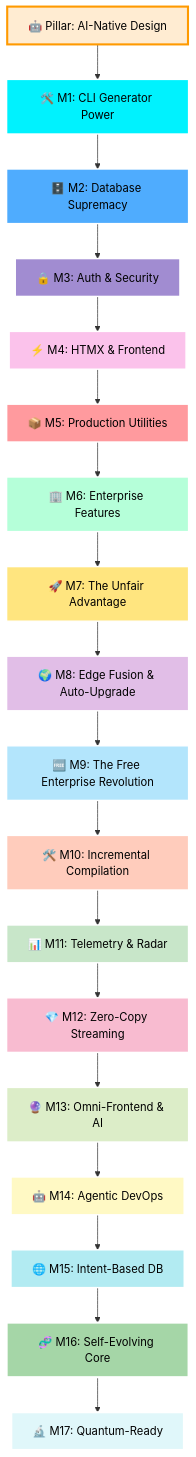
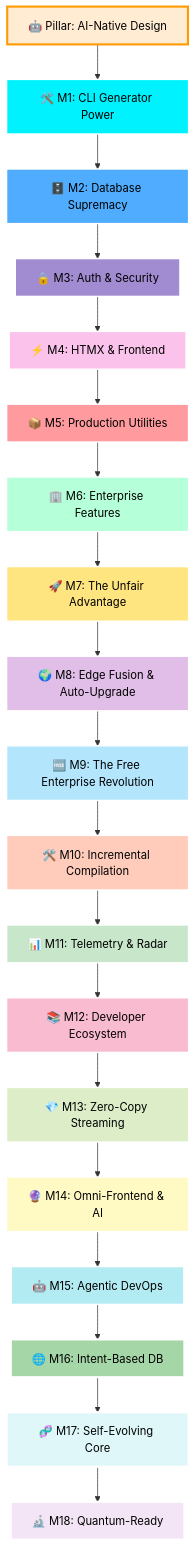
The diagram in docs/src/roadmap.md (Rullst/Rullst), drawn with Mermaid before and after one commit. The commit also changed other lines of this file and 2 other files, not shown here.

Commit message:
docs: update roadmap milestones and add AI integration guide to summary

````diff
--- a/docs/src/roadmap.md
+++ b/docs/src/roadmap.md
@@ -44,39 +44,41 @@
 ```mermaid
 graph TD
     M0["🤖 Pillar: AI-Native Design"] --> M1["🛠️ M1: CLI Generator Power"]
     M1 --> M2["🗄️ M2: Database Supremacy"]
     M2 --> M3["🔒 M3: Auth & Security"]
     M3 --> M4["⚡ M4: HTMX & Frontend"]
     M4 --> M5["📦 M5: Production Utilities"]
     M5 --> M6["🏢 M6: Enterprise Features"]
     M6 --> M7["🚀 M7: The Unfair Advantage"]
     M7 --> M8["🌍 M8: Edge Fusion & Auto-Upgrade"]
     M8 --> M9["🆓 M9: The Free Enterprise Revolution"]
     M9 --> M10["🛠️ M10: Incremental Compilation"]
     M10 --> M11["📊 M11: Telemetry & Radar"]
-    M11 --> M12["💎 M12: Zero-Copy Streaming"]
-    M12 --> M13["🔮 M13: Omni-Frontend & AI"]
-    M13 --> M14["🤖 M14: Agentic DevOps"]
-    M14 --> M15["🌐 M15: Intent-Based DB"]
-    M15 --> M16["🧬 M16: Self-Evolving Core"]
-    M16 --> M17["🔬 M17: Quantum-Ready"]
+    M11 --> M12["📚 M12: Developer Ecosystem"]
+    M12 --> M13["💎 M13: Zero-Copy Streaming"]
+    M13 --> M14["🔮 M14: Omni-Frontend & AI"]
+    M14 --> M15["🤖 M15: Agentic DevOps"]
+    M15 --> M16["🌐 M16: Intent-Based DB"]
+    M16 --> M17["🧬 M17: Self-Evolving Core"]
+    M17 --> M18["🔬 M18: Quantum-Ready"]
 
     style M0  fill:#ffecd2,stroke:#ff9a00,stroke-width:3px,color:#000
     style M1  fill:#00f2fe,stroke:#fff,stroke-width:2px,color:#000
     style M2  fill:#4facfe,stroke:#fff,stroke-width:2px,color:#000
     style M3  fill:#a18cd1,stroke:#fff,stroke-width:2px,color:#000
     style M4  fill:#fbc2eb,stroke:#fff,stroke-width:2px,color:#000
     style M5  fill:#ff9a9e,stroke:#fff,stroke-width:2px,color:#000
     style M6  fill:#b5ffd9,stroke:#fff,stroke-width:2px,color:#000
     style M7  fill:#ffe57f,stroke:#fff,stroke-width:2px,color:#000
     style M8  fill:#e1bee7,stroke:#fff,stroke-width:2px,color:#000
     style M9  fill:#b3e5fc,stroke:#fff,stroke-width:2px,color:#000
     style M10 fill:#ffccbc,stroke:#fff,stroke-width:2px,color:#000
     style M11 fill:#c8e6c9,stroke:#fff,stroke-width:2px,color:#000
     style M12 fill:#f8bbd0,stroke:#fff,stroke-width:2px,color:#000
     style M13 fill:#dcedc8,stroke:#fff,stroke-width:2px,color:#000
     style M14 fill:#fff9c4,stroke:#fff,stroke-width:2px,color:#000
     style M15 fill:#b2ebf2,stroke:#fff,stroke-width:2px,color:#000
     style M16 fill:#a5d6a7,stroke:#fff,stroke-width:3px,color:#000
     style M17 fill:#e0f7fa,stroke:#fff,stroke-width:3px,color:#000
+    style M18 fill:#f3e5f5,stroke:#fff,stroke-width:3px,color:#000
 ```
````
